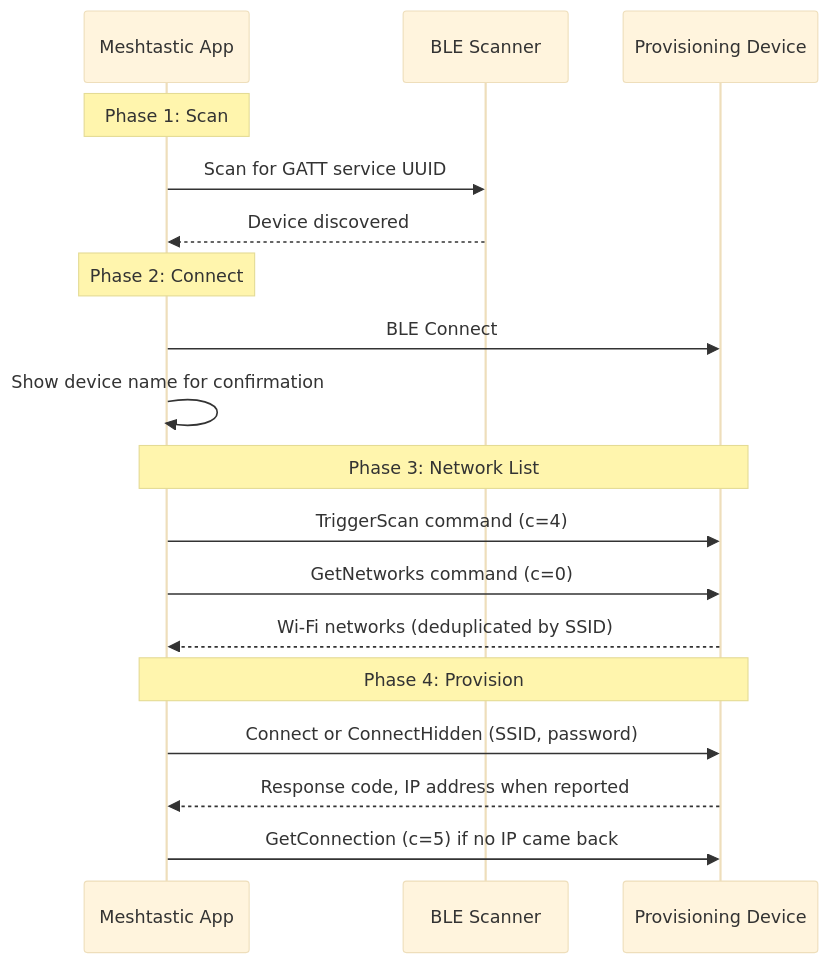
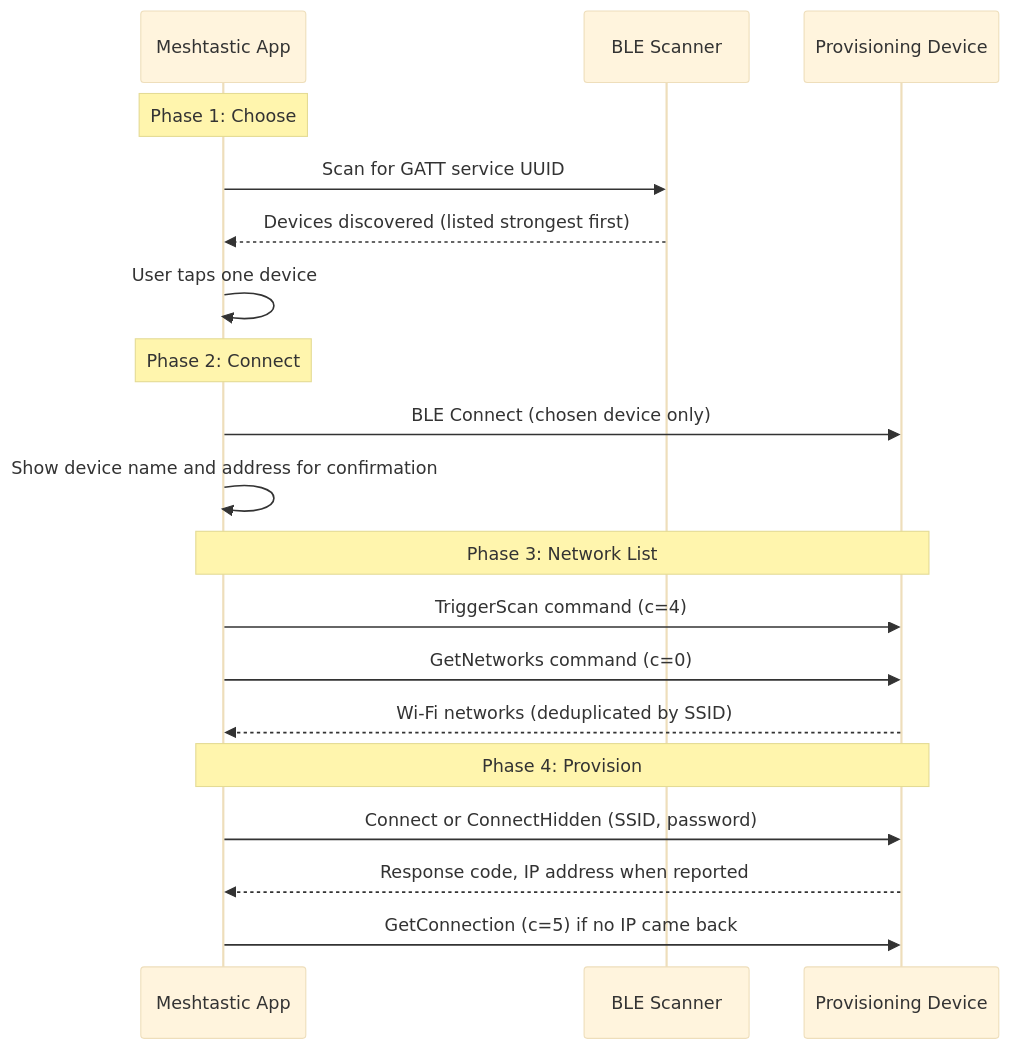
Before and after one commit to meshtastic/Meshtastic-Android: the first of 2 diagrams in feature/wifi-provision/README.md, drawn with Mermaid (base theme). The commit also changed other lines of this file and 10 other files, not shown here.

First line of the commit message:
fix(wifi-provision): let the user choose which device receives the Wi-Fi setup

````diff
--- a/feature/wifi-provision/README.md
+++ b/feature/wifi-provision/README.md
@@ -13,24 +13,25 @@
 ```mermaid
 sequenceDiagram
     participant App as Meshtastic App
     participant BLE as BLE Scanner
     participant Device as Provisioning Device
 
-    Note over App: Phase 1: Scan
+    Note over App: Phase 1: Choose
     App->>BLE: Scan for GATT service UUID
-    BLE-->>App: Device discovered
+    BLE-->>App: Devices discovered (listed strongest first)
+    App->>App: User taps one device
 
     Note over App: Phase 2: Connect
-    App->>Device: BLE Connect
-    App->>App: Show device name for confirmation
+    App->>Device: BLE Connect (chosen device only)
+    App->>App: Show device name and address for confirmation
 
     Note over App, Device: Phase 3: Network List
     App->>Device: TriggerScan command (c=4)
     App->>Device: GetNetworks command (c=0)
     Device-->>App: Wi-Fi networks (deduplicated by SSID)
 
     Note over App, Device: Phase 4: Provision
     App->>Device: Connect or ConnectHidden (SSID, password)
     Device-->>App: Response code, IP address when reported
     App->>Device: GetConnection (c=5) if no IP came back
 ```
````
